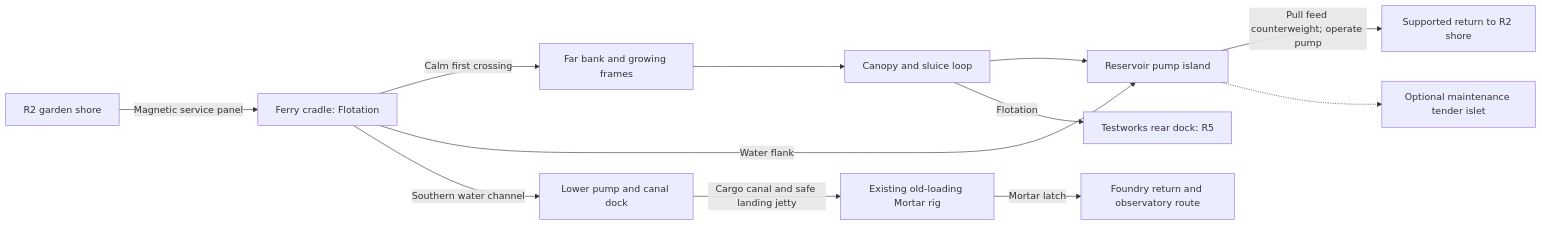
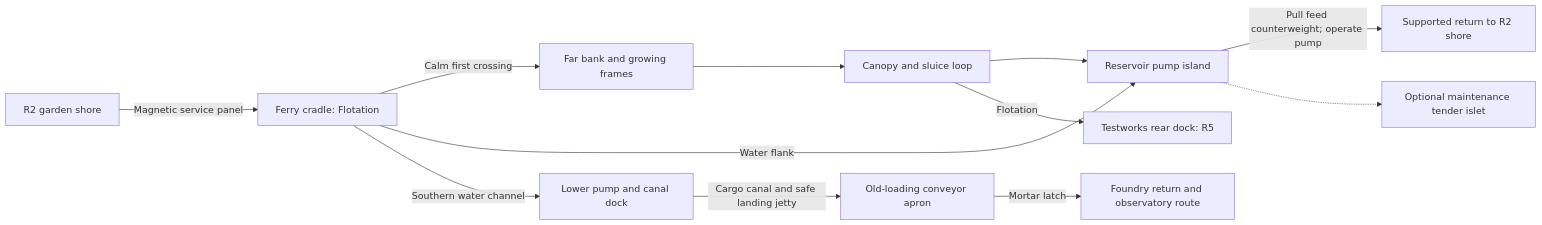
One commit to Milky2018/tankle-adventure-astra changed the third of 4 diagrams in Gamespec.md. Above: the diagram before and after it, drawn with Mermaid. The commit also changed other lines of this file and 34 other files, not shown here.

````diff
--- a/Gamespec.md
+++ b/Gamespec.md
@@ -924,14 +946,14 @@
 ```mermaid
 flowchart LR
   S[R2 garden shore] -->|Magnetic service panel| F[Ferry cradle: Flotation]
   F -->|Calm first crossing| B[Far bank and growing frames]
   B --> C[Canopy and sluice loop]
   C --> P[Reservoir pump island]
   F -->|Water flank| P
   P -->|Pull feed counterweight; operate pump| R[Supported return to R2 shore]
   F -->|Southern water channel| D[Lower pump and canal dock]
-  D -->|Cargo canal and safe landing jetty| M[Existing old-loading Mortar rig]
+  D -->|Cargo canal and safe landing jetty| M[Old-loading conveyor apron]
   M -->|Mortar latch| O[Foundry return and observatory route]
   C -->|Flotation| T[Testworks rear dock: R5]
   P -.-> I[Optional maintenance tender islet]
 ```
````
